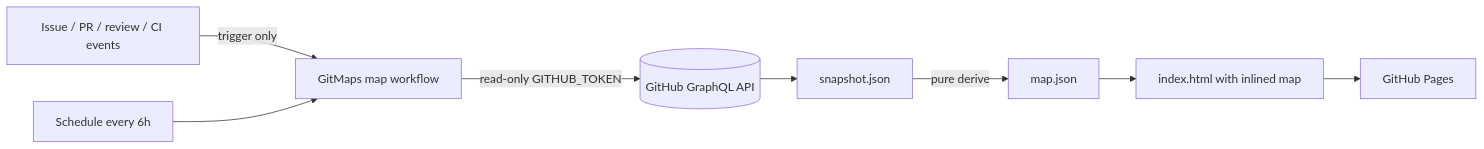
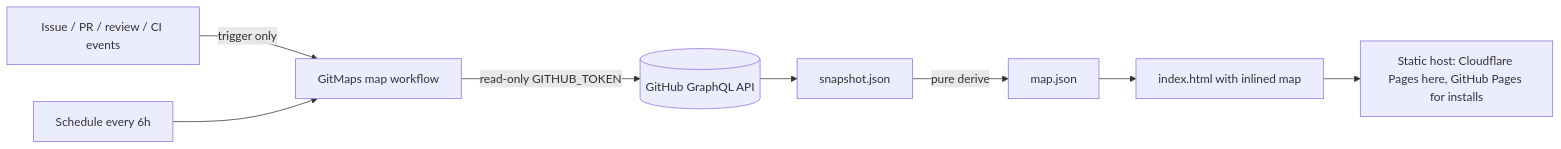
The first of 2 diagrams in docs/ARCHITECTURE.md (Tesliana-code/GitMapsGame), drawn with Mermaid before and after one commit. The commit also changed other lines of this file and 43 other files, not shown here.

````diff
--- a/docs/ARCHITECTURE.md
+++ b/docs/ARCHITECTURE.md
@@ -7,10 +7,10 @@
 ```mermaid
 flowchart LR
   EV[Issue / PR / review / CI events] -->|trigger only| WF[GitMaps map workflow]
   SCH[Schedule every 6h] --> WF
   WF -->|read-only GITHUB_TOKEN| API[(GitHub GraphQL API)]
   API --> SNAP[snapshot.json]
   SNAP -->|pure derive| MAP[map.json]
   MAP --> HTML[index.html with inlined map]
-  HTML --> PAGES[GitHub Pages]
+  HTML --> PAGES[Static host: Cloudflare Pages here, GitHub Pages for installs]
 ```
````
